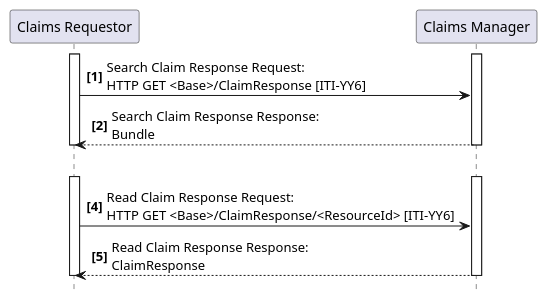
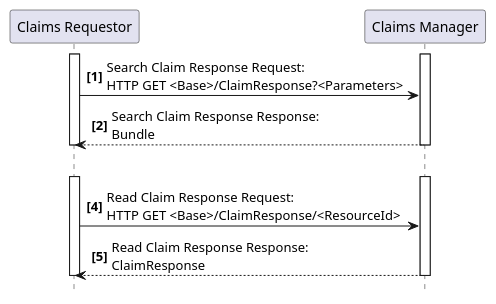
The diagram in input/images-source/ITI-YY6-seq.plantuml (IHE/ITI.Finance), drawn with PlantUML before and after one commit. The commit also changed 23 other files, not shown here.

```diff
--- a/input/images-source/ITI-YY6-seq.plantuml
+++ b/input/images-source/ITI-YY6-seq.plantuml
@@ -1,22 +1,22 @@
 @startuml
 skinparam svgDimensionStyle false
 hide footbox
 autonumber "<b>[0]"
 participant "Claims Requestor" as Req
 participant "Claims Manager" as Man
 activate Req
 activate Man
-Req -> Man : Search Claim Response Request:\nHTTP GET <Base>/ClaimResponse [ITI-YY6]
+Req -> Man : Search Claim Response Request:\nHTTP GET <Base>/ClaimResponse?<Parameters>
 Man --> Req : Search Claim Response Response:\nBundle
 deactivate Man
 deactivate Req
 
 Req -[hidden]> Man
 activate Req
 activate Man 
-Req -> Man : Read Claim Response Request:\nHTTP GET <Base>/ClaimResponse/<ResourceId> [ITI-YY6]
+Req -> Man : Read Claim Response Request:\nHTTP GET <Base>/ClaimResponse/<ResourceId>
 Man --> Req : Read Claim Response Response:\nClaimResponse
 deactivate Man
 deactivate Req
 
 @enduml
```
